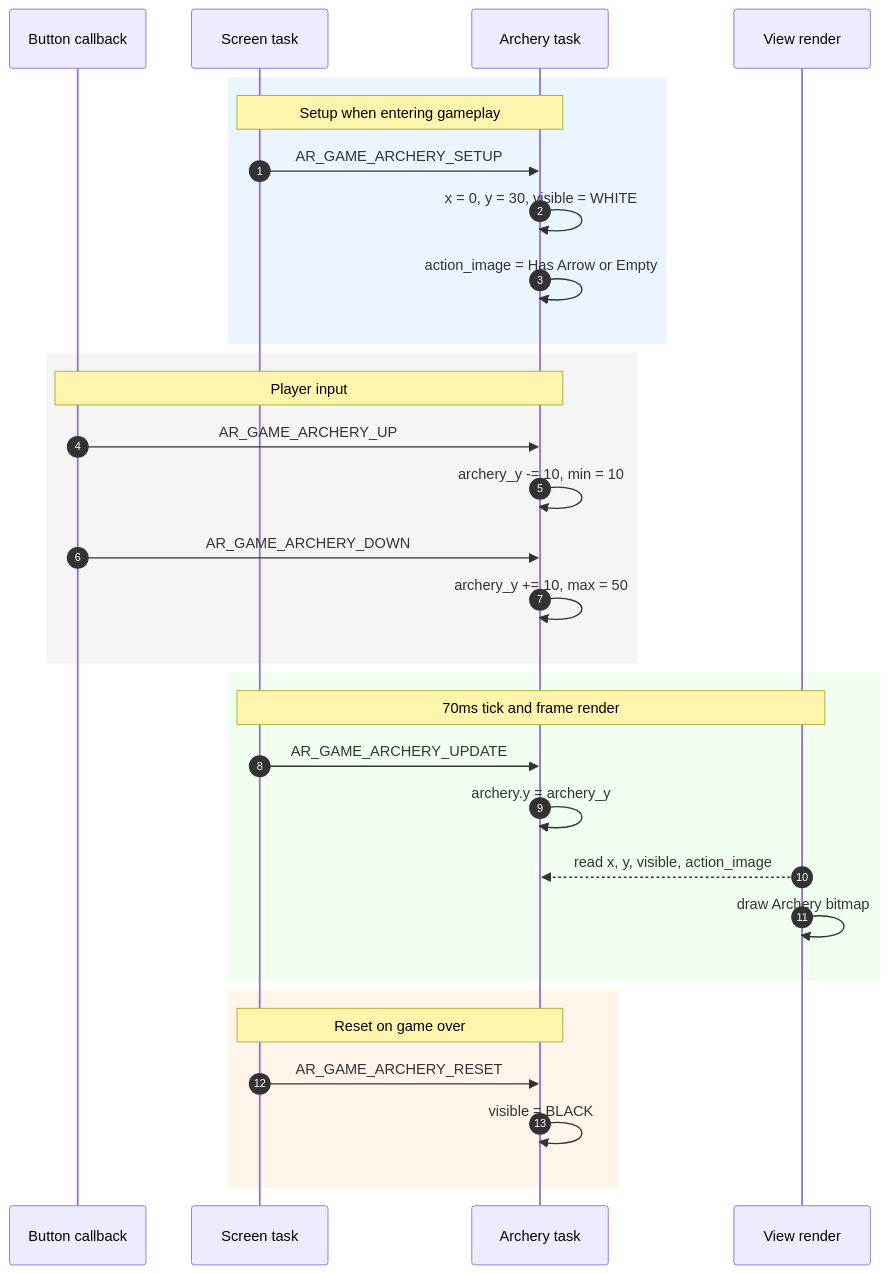
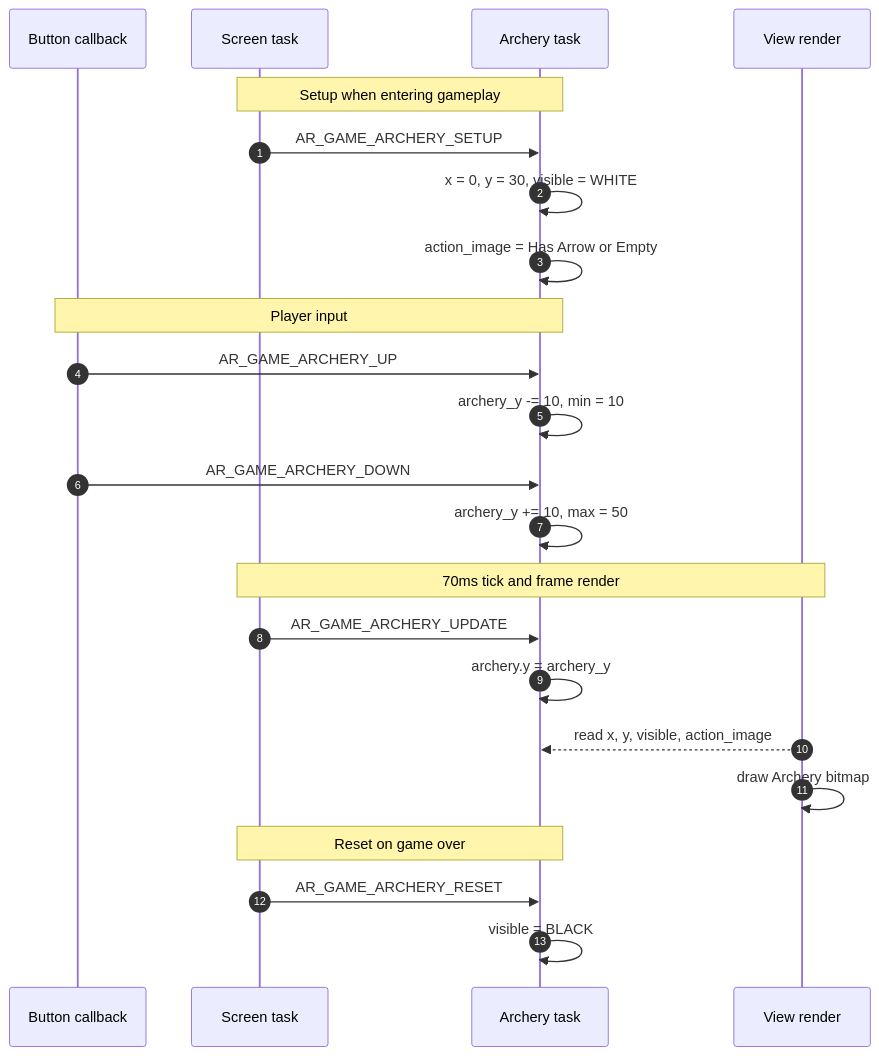
The second of 7 diagrams in README_en.md (QuocBuu/archery_game), drawn with Mermaid before and after one commit. The commit also changed other lines of this file and 1 other file, not shown here.

````diff
--- a/README_en.md
+++ b/README_en.md
@@ -239,37 +229,29 @@
 ```mermaid
 sequenceDiagram
     autonumber
     participant Btn as Button callback
     participant Scr as Screen task
     participant A as Archery task
     participant View as View render
 
-    rect rgb(235, 245, 255)
-        Note over Scr,A: Setup when entering gameplay
-        Scr->>A: AR_GAME_ARCHERY_SETUP
-        A->>A: x = 0, y = 30, visible = WHITE
-        A->>A: action_image = Has Arrow or Empty
-    end
+    Note over Scr,A: Setup when entering gameplay
+    Scr->>A: AR_GAME_ARCHERY_SETUP
+    A->>A: x = 0, y = 30, visible = WHITE
+    A->>A: action_image = Has Arrow or Empty
 
-    rect rgb(245, 245, 245)
-        Note over Btn,A: Player input
-        Btn->>A: AR_GAME_ARCHERY_UP
-        A->>A: archery_y -= 10, min = 10
-        Btn->>A: AR_GAME_ARCHERY_DOWN
-        A->>A: archery_y += 10, max = 50
-    end
+    Note over Btn,A: Player input
+    Btn->>A: AR_GAME_ARCHERY_UP
+    A->>A: archery_y -= 10, min = 10
+    Btn->>A: AR_GAME_ARCHERY_DOWN
+    A->>A: archery_y += 10, max = 50
 
-    rect rgb(240, 255, 240)
-        Note over Scr,View: 70ms tick and frame render
-        Scr->>A: AR_GAME_ARCHERY_UPDATE
-        A->>A: archery.y = archery_y
-        View-->>A: read x, y, visible, action_image
-        View->>View: draw Archery bitmap
-    end
+    Note over Scr,View: 70ms tick and frame render
+    Scr->>A: AR_GAME_ARCHERY_UPDATE
+    A->>A: archery.y = archery_y
+    View-->>A: read x, y, visible, action_image
+    View->>View: draw Archery bitmap
 
-    rect rgb(255, 245, 235)
-        Note over Scr,A: Reset on game over
-        Scr->>A: AR_GAME_ARCHERY_RESET
-        A->>A: visible = BLACK
-    end
+    Note over Scr,A: Reset on game over
+    Scr->>A: AR_GAME_ARCHERY_RESET
+    A->>A: visible = BLACK
 ```
````
